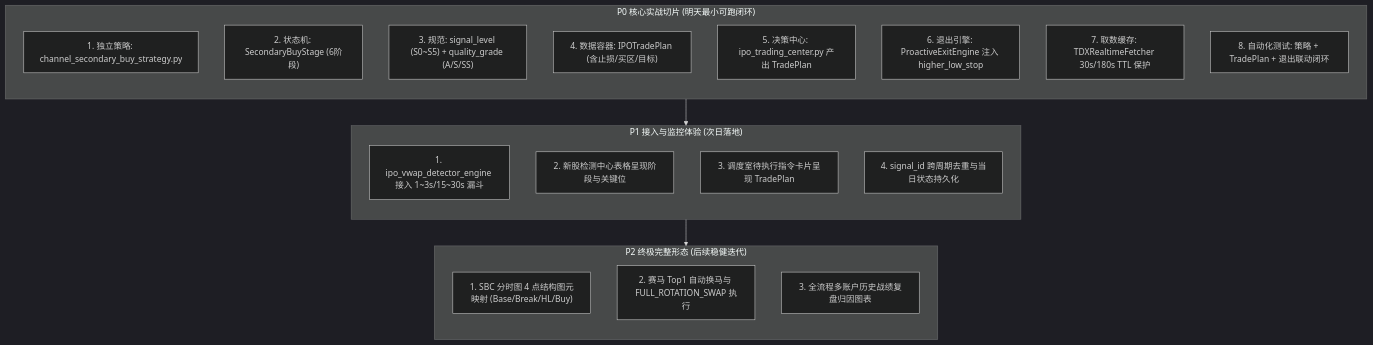
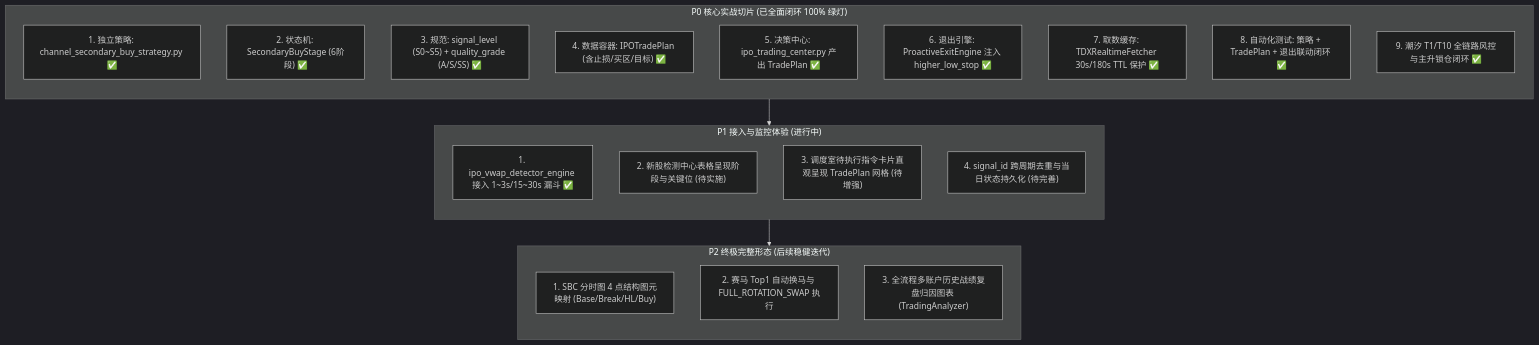
One commit to johnsonhongyi/pyQuant3 changed the diagram in stock_standalone/design/新股检测中心和集中交易指挥室升级交易方案2.md. Above: the diagram before and after it, drawn with Mermaid (dark theme). The commit also changed other lines of this file and 5 other files, not shown here.

````diff
--- a/stock_standalone/design/新股检测中心和集中交易指挥室升级交易方案2.md
+++ b/stock_standalone/design/新股检测中心和集中交易指挥室升级交易方案2.md
@@ -25,31 +25,32 @@
 ```mermaid
 flowchart TD
-    subgraph P0 ["P0 核心实战切片 (明天最小可跑闭环)"]
+    subgraph P0 ["P0 核心实战切片 (已全面闭环 100% 绿灯)"]
         direction TB
-        M1["1. 独立策略: channel_secondary_buy_strategy.py"]
-        M2["2. 状态机: SecondaryBuyStage (6阶段)"]
-        M3["3. 规范: signal_level (S0~S5) + quality_grade (A/S/SS)"]
-        M4["4. 数据容器: IPOTradePlan (含止损/买区/目标)"]
-        M5["5. 决策中心: ipo_trading_center.py 产出 TradePlan"]
-        M6["6. 退出引擎: ProactiveExitEngine 注入 higher_low_stop"]
-        M7["7. 取数缓存: TDXRealtimeFetcher 30s/180s TTL 保护"]
-        M8["8. 自动化测试: 策略 + TradePlan + 退出联动闭环"]
+        M1["1. 独立策略: channel_secondary_buy_strategy.py ✅"]
+        M2["2. 状态机: SecondaryBuyStage (6阶段) ✅"]
+        M3["3. 规范: signal_level (S0~S5) + quality_grade (A/S/SS) ✅"]
+        M4["4. 数据容器: IPOTradePlan (含止损/买区/目标) ✅"]
+        M5["5. 决策中心: ipo_trading_center.py 产出 TradePlan ✅"]
+        M6["6. 退出引擎: ProactiveExitEngine 注入 higher_low_stop ✅"]
+        M7["7. 取数缓存: TDXRealtimeFetcher 30s/180s TTL 保护 ✅"]
+        M8["8. 自动化测试: 策略 + TradePlan + 退出联动闭环 ✅"]
+        M9["9. 潮汐 T1/T10 全链路风控与主升锁仓闭环 ✅"]
     end
 
-    subgraph P1 ["P1 接入与监控体验 (次日落地)"]
+    subgraph P1 ["P1 接入与监控体验 (进行中)"]
         direction TB
-        N1["1. ipo_vwap_detector_engine 接入 1~3s/15~30s 漏斗"]
-        N2["2. 新股检测中心表格呈现阶段与关键位"]
-        N3["3. 调度室待执行指令卡片呈现 TradePlan"]
-        N4["4. signal_id 跨周期去重与当日状态持久化"]
+        N1["1. ipo_vwap_detector_engine 接入 1~3s/15~30s 漏斗 ✅"]
+        N2["2. 新股检测中心表格呈现阶段与关键位 (待实施)"]
+        N3["3. 调度室待执行指令卡片直观呈现 TradePlan 网格 (待增强)"]
+        N4["4. signal_id 跨周期去重与当日状态持久化 (待完善)"]
     end
 
     subgraph P2 ["P2 终极完整形态 (后续稳健迭代)"]
         direction TB
         P2_1["1. SBC 分时图 4 点结构图元映射 (Base/Break/HL/Buy)"]
         P2_2["2. 赛马 Top1 自动换马与 FULL_ROTATION_SWAP 执行"]
-        P2_3["3. 全流程多账户历史战绩复盘归因图表"]
+        P2_3["3. 全流程多账户历史战绩复盘归因图表 (TradingAnalyzer)"]
     end
 
     P0 --> P1 --> P2
 ```
````
